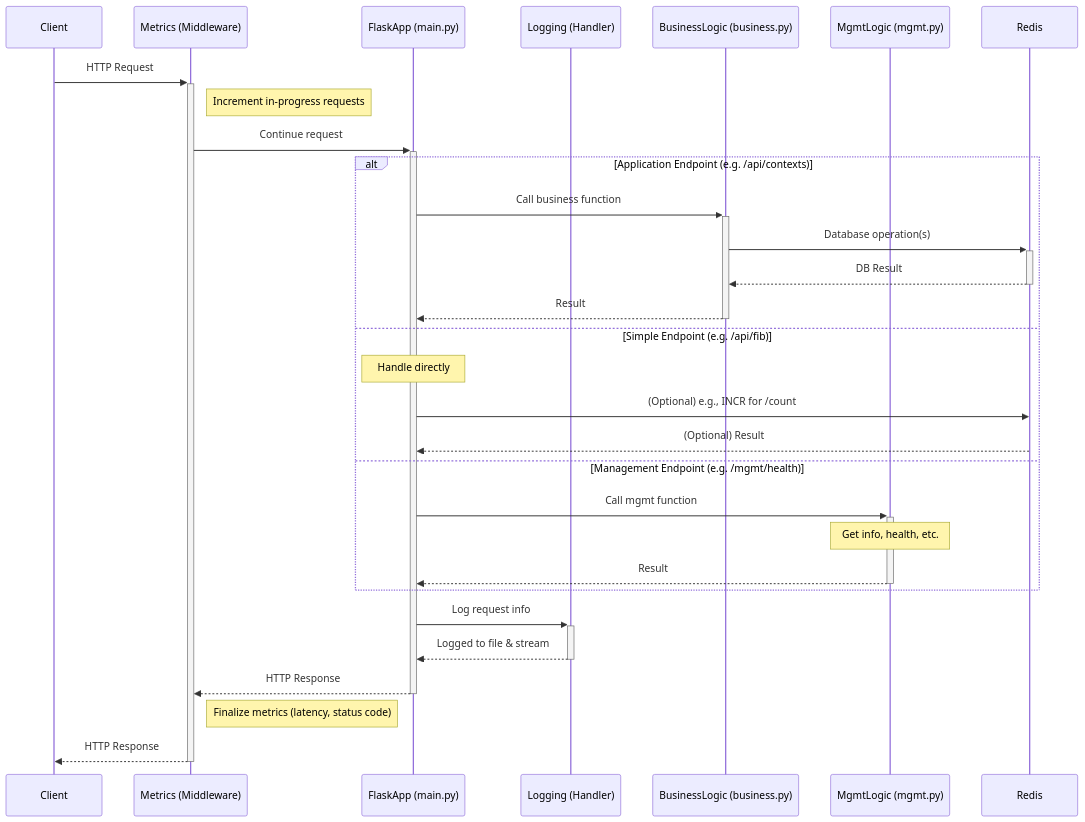
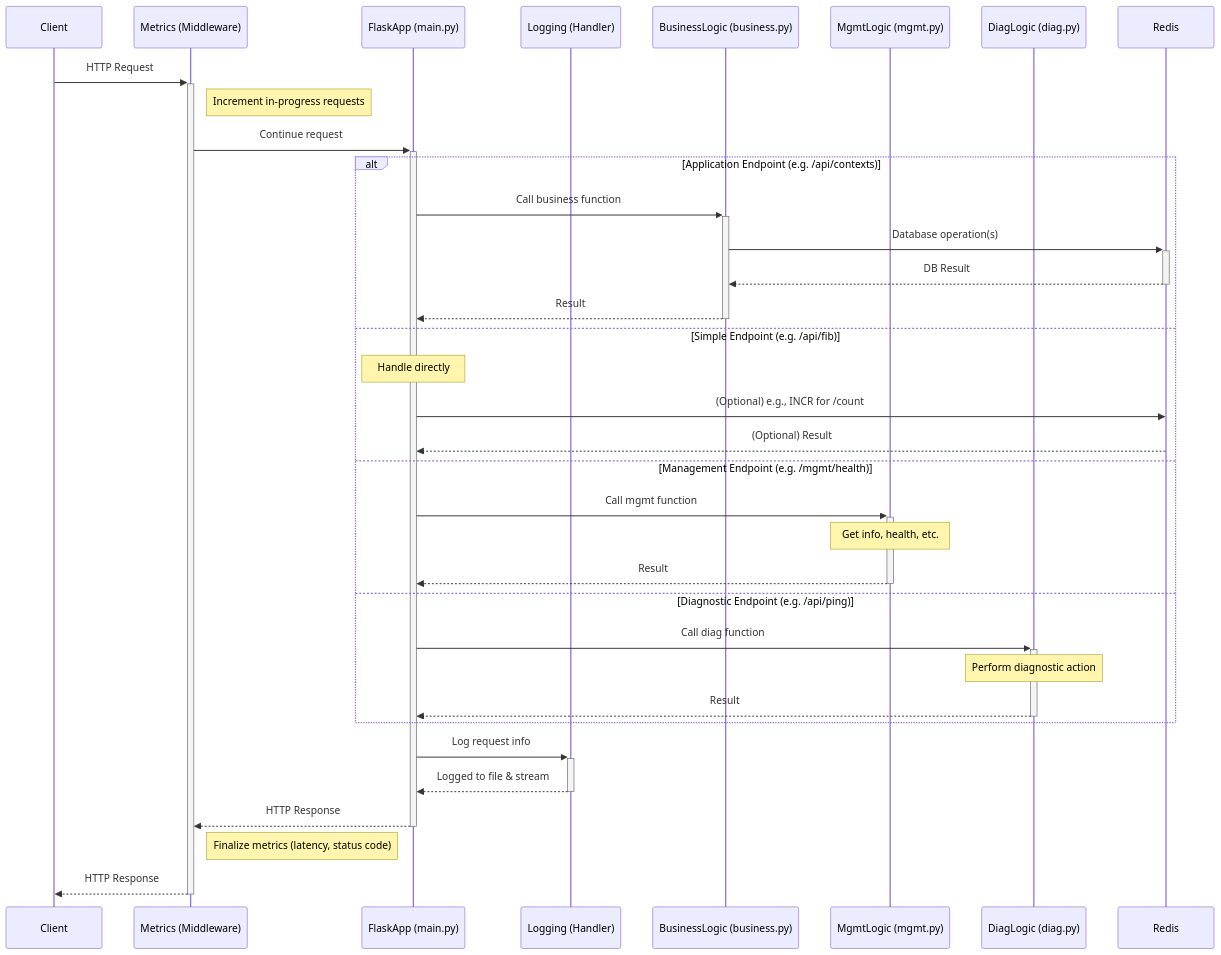
Before and after one commit to lorenzogirardi/flask-test-api: the diagram in sequence-diagram.mmd, drawn with Mermaid. The commit also changed 8 other files, not shown here.

First line of the commit message:
docs: update README and sequence diagram

```diff
--- a/sequence-diagram.mmd
+++ b/sequence-diagram.mmd
@@ -1,34 +1,39 @@
 sequenceDiagram
     participant Client
     participant Metrics (Middleware)
     participant FlaskApp (main.py)
     participant Logging (Handler)
     participant BusinessLogic (business.py)
     participant MgmtLogic (mgmt.py)
+    participant DiagLogic (diag.py)
     participant Redis
 
     Client->>+Metrics (Middleware): HTTP Request
     note right of Metrics (Middleware): Increment in-progress requests
     Metrics (Middleware)->>+FlaskApp (main.py): Continue request
 
     alt Application Endpoint (e.g. /api/contexts)
         FlaskApp (main.py)->>+BusinessLogic (business.py): Call business function
         BusinessLogic (business.py)->>+Redis: Database operation(s)
         Redis-->>-BusinessLogic (business.py): DB Result
         BusinessLogic (business.py)-->>-FlaskApp (main.py): Result
     else Simple Endpoint (e.g. /api/fib)
         note over FlaskApp (main.py): Handle directly
         FlaskApp (main.py) ->> Redis: (Optional) e.g., INCR for /count
         Redis -->> FlaskApp (main.py): (Optional) Result
     else Management Endpoint (e.g. /mgmt/health)
         FlaskApp (main.py)->>+MgmtLogic (mgmt.py): Call mgmt function
         note over MgmtLogic (mgmt.py): Get info, health, etc.
         MgmtLogic (mgmt.py)-->>-FlaskApp (main.py): Result
+    else Diagnostic Endpoint (e.g. /api/ping)
+        FlaskApp (main.py)->>+DiagLogic (diag.py): Call diag function
+        note over DiagLogic (diag.py): Perform diagnostic action
+        DiagLogic (diag.py)-->>-FlaskApp (main.py): Result
     end
 
     FlaskApp (main.py)->>+Logging (Handler): Log request info
     Logging (Handler)-->>-FlaskApp (main.py): Logged to file & stream
 
     FlaskApp (main.py)-->>-Metrics (Middleware): HTTP Response
     note right of Metrics (Middleware): Finalize metrics (latency, status code)
     Metrics (Middleware)-->>-Client: HTTP Response
```
